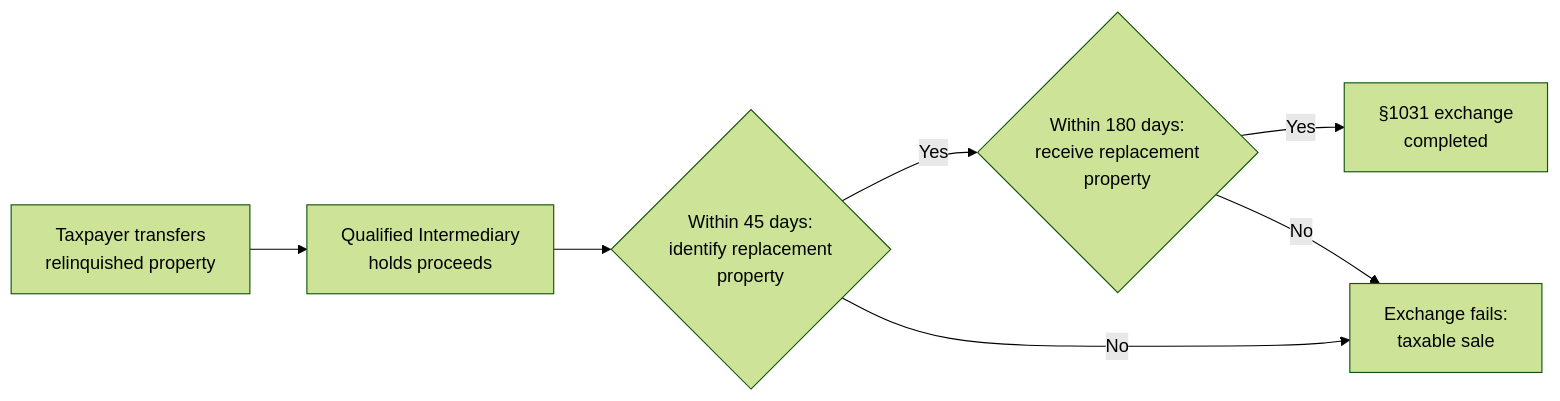
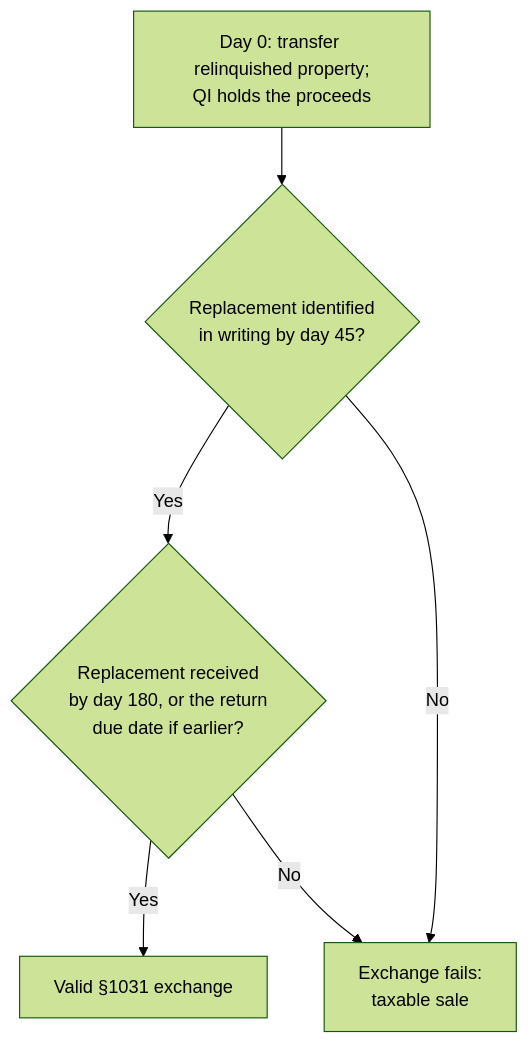
The diagram in docs/tcp/property-transactions/nontaxable-disposition-of-assets.md (subwaymatch/cpabear-book), drawn with Mermaid (forest theme) before and after one commit. The commit also changed other lines of this file and 204 other files, not shown here.

First line of the commit message:
Update the book for the 2027 CPA Exam Blueprints, fix dark-mode diagrams, add diagram zoom (#49)

````diff
--- a/docs/tcp/property-transactions/nontaxable-disposition-of-assets.md
+++ b/docs/tcp/property-transactions/nontaxable-disposition-of-assets.md
@@ -202,9 +144,8 @@
 ```mermaid
-flowchart LR
-    A["Taxpayer transfers<br/>relinquished property"] --> B["Qualified Intermediary<br/>holds proceeds"]
-    B --> C{"Within 45 days:<br/>identify replacement<br/>property"}
-    C -->|Yes| D{"Within 180 days:<br/>receive replacement<br/>property"}
-    D -->|Yes| E["§1031 exchange<br/>completed"]
-    D -->|No| F["Exchange fails:<br/>taxable sale"]
+flowchart TD
+    A["Day 0: transfer relinquished property;<br/>QI holds the proceeds"] --> B{"Replacement identified<br/>in writing by day 45?"}
+    B -->|Yes| C{"Replacement received<br/>by day 180, or the return<br/>due date if earlier?"}
+    B -->|No| F["Exchange fails:<br/>taxable sale"]
+    C -->|Yes| E["Valid §1031 exchange"]
     C -->|No| F
 ```
````
